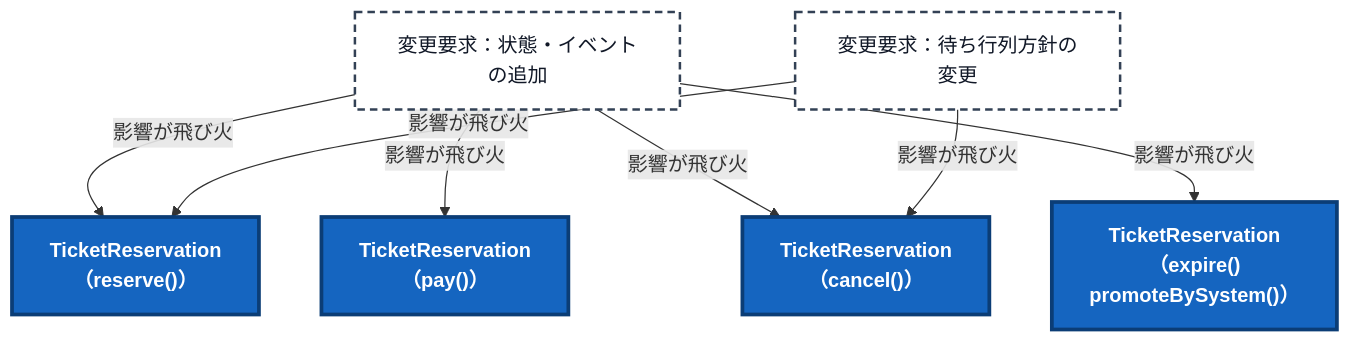
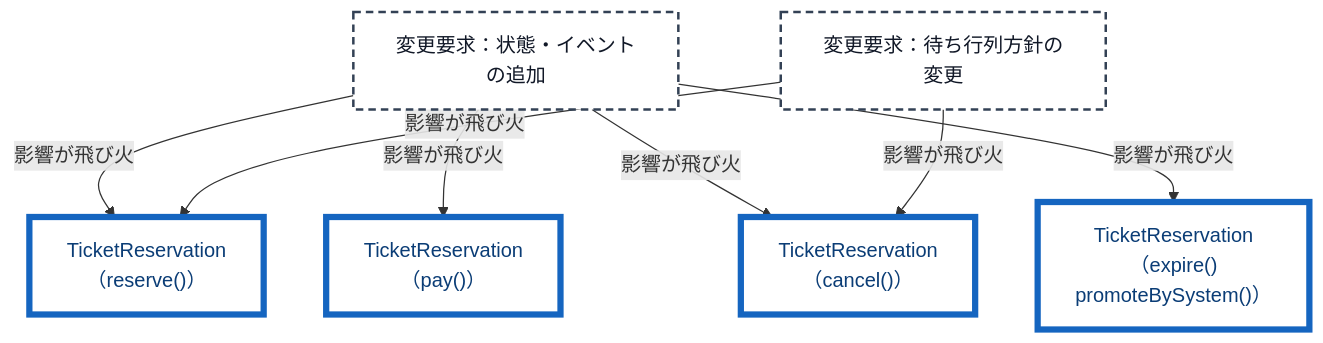
The ninth of 18 diagrams in kindle/design-patterns/books/volume01-core-patterns/output/04-chapter02.md (kumachan1101-pixel/DesignPattern), drawn with Mermaid before and after one commit. The commit also changed other lines of this file and 11 other files, not shown here.

First line of the commit message:
図の印を「新しく作る／開いて直す」へ分け、抜粋の改変を直す

````diff
--- a/kindle/design-patterns/books/volume01-core-patterns/output/04-chapter02.md
+++ b/kindle/design-patterns/books/volume01-core-patterns/output/04-chapter02.md
@@ -1283,13 +1283,13 @@
 ```mermaid
 graph TD
-    T1["変更要求：状態・イベントの追加"]:::req -->|"影響が飛び火"| A["TicketReservation<br>（reserve()）"]:::changed
-    T1 -->|"影響が飛び火"| B["TicketReservation<br>（pay()）"]:::changed
-    T1 -->|"影響が飛び火"| C["TicketReservation<br>（cancel()）"]:::changed
-    T1 -->|"影響が飛び火"| D["TicketReservation<br>（expire()<br>promoteBySystem()）"]:::changed
+    T1["変更要求：状態・イベントの追加"]:::req -->|"影響が飛び火"| A["TicketReservation<br>（reserve()）"]:::touched
+    T1 -->|"影響が飛び火"| B["TicketReservation<br>（pay()）"]:::touched
+    T1 -->|"影響が飛び火"| C["TicketReservation<br>（cancel()）"]:::touched
+    T1 -->|"影響が飛び火"| D["TicketReservation<br>（expire()<br>promoteBySystem()）"]:::touched
     T2["変更要求：待ち行列方針の変更"]:::req -->|"影響が飛び火"| A
     T2 -->|"影響が飛び火"| C
 
     classDef req fill:#ffffff,stroke:#334155,stroke-width:2px,stroke-dasharray:6 4,color:#111827;
     classDef keep fill:#f1f5f9,stroke:#94a3b8,color:#334155;
-    classDef changed fill:#1565c0,stroke:#0b3d76,stroke-width:3px,color:#ffffff,font-weight:bold;
+    classDef touched fill:#ffffff,stroke:#1565c0,stroke-width:5px,color:#0b3d76;
 ```
````
